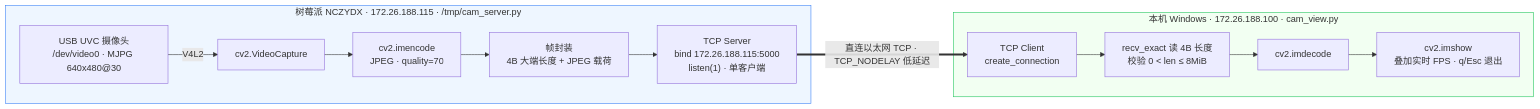
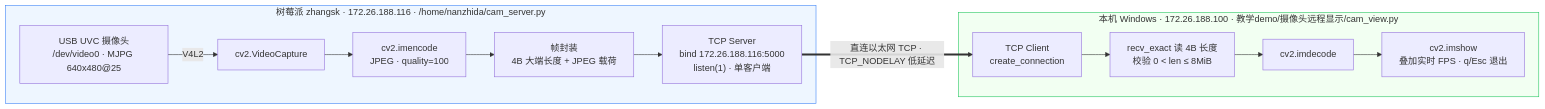
The first of 3 diagrams in docs/设计原理流程图.md (Zhangshuokai/rsp-cam), drawn with Mermaid before and after one commit. The commit also changed other lines of this file and 23 other files, not shown here.

````diff
--- a/docs/设计原理流程图.md
+++ b/docs/设计原理流程图.md
@@ -7,20 +7,20 @@
 ```mermaid
 flowchart LR
-    subgraph PI["树莓派 NCZYDX · 172.26.188.115 · /tmp/cam_server.py"]
-        CAM["USB UVC 摄像头<br/>/dev/video0 · MJPG 640x480@30"] -->|V4L2| CAP["cv2.VideoCapture"]
-        CAP --> ENC["cv2.imencode<br/>JPEG · quality=70"]
+    subgraph PI["树莓派 zhangsk · 172.26.188.116 · /home/nanzhida/cam_server.py"]
+        CAM["USB UVC 摄像头<br/>/dev/video0 · MJPG 640x480@25"] -->|V4L2| CAP["cv2.VideoCapture"]
+        CAP --> ENC["cv2.imencode<br/>JPEG · quality=100"]
         ENC --> PKT["帧封装<br/>4B 大端长度 + JPEG 载荷"]
-        PKT --> SRV["TCP Server<br/>bind 172.26.188.115:5000<br/>listen(1) · 单客户端"]
+        PKT --> SRV["TCP Server<br/>bind 172.26.188.116:5000<br/>listen(1) · 单客户端"]
     end
 
-    subgraph PC["本机 Windows · 172.26.188.100 · cam_view.py"]
+    subgraph PC["本机 Windows · 172.26.188.100 · 教学demo/摄像头远程显示/cam_view.py"]
         CLI["TCP Client<br/>create_connection"] --> RCV["recv_exact 读 4B 长度<br/>校验 0 < len ≤ 8MiB"]
         RCV --> DEC["cv2.imdecode"]
         DEC --> UI["cv2.imshow<br/>叠加实时 FPS · q/Esc 退出"]
     end
 
     SRV ==>|"直连以太网 TCP · TCP_NODELAY 低延迟"| CLI
 
     style PI fill:#eef6ff,stroke:#3b82f6
     style PC fill:#f2fff2,stroke:#22c55e
 ```
````
